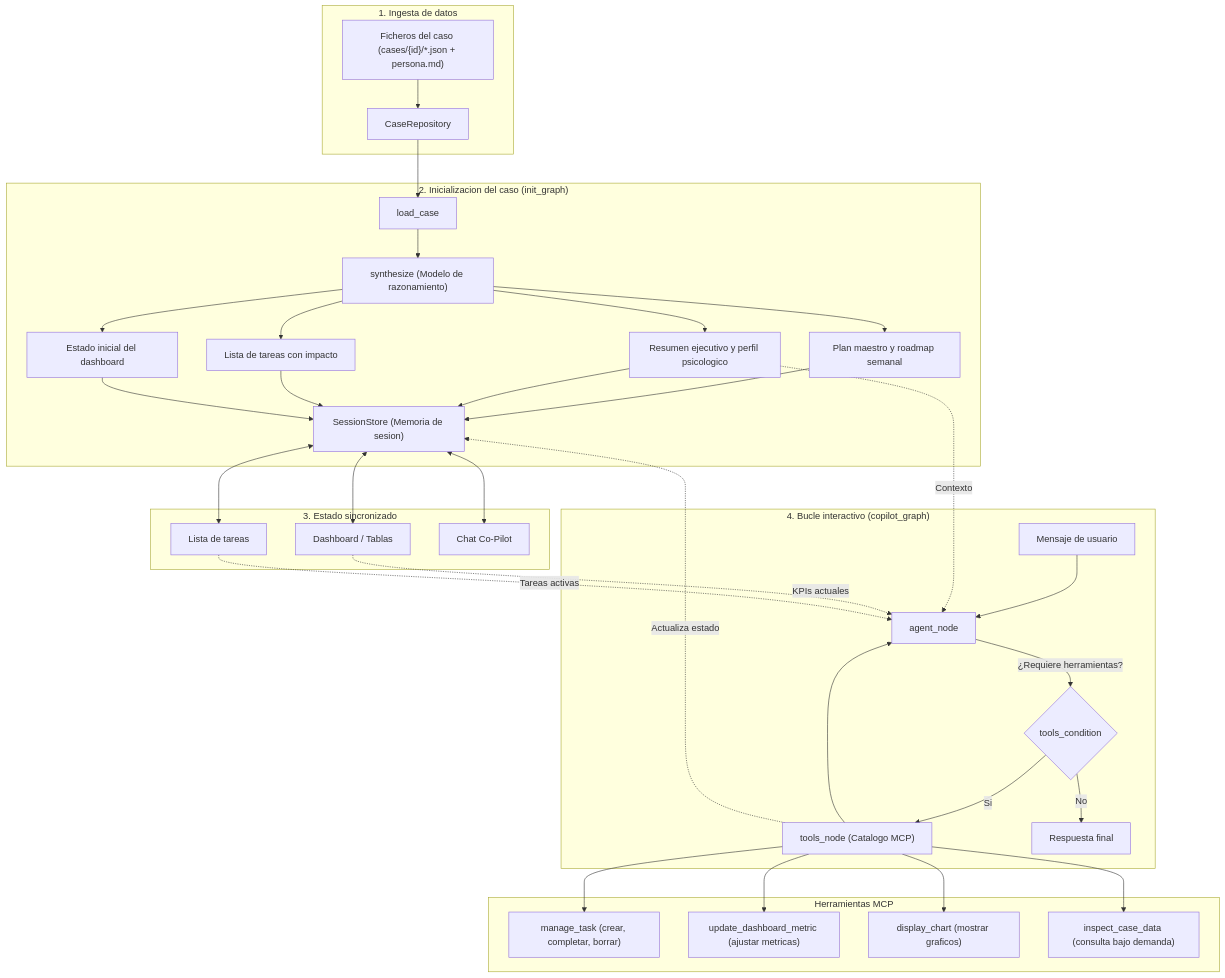
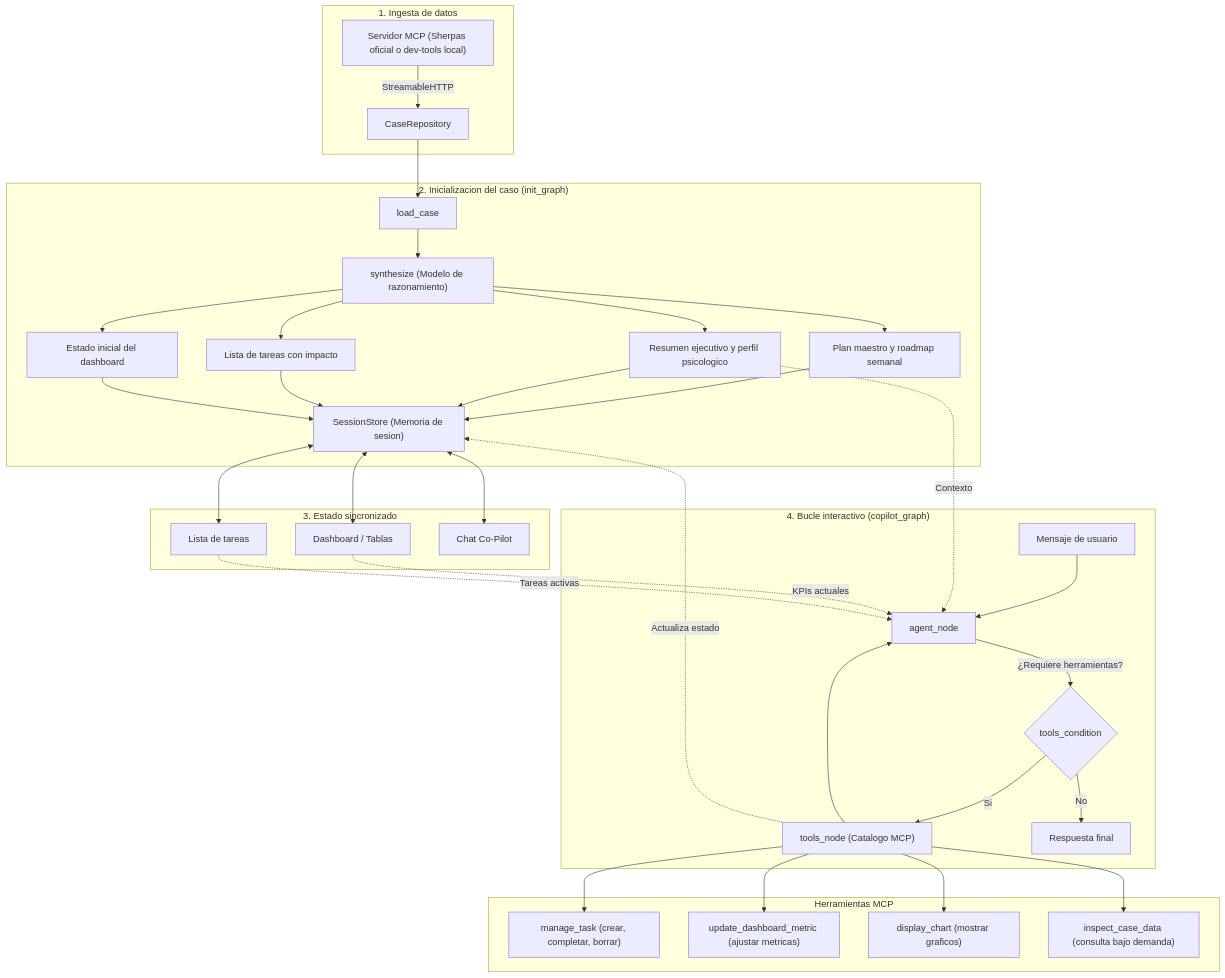
One commit to Manel-Romero/Sherpas-Hackaton changed the diagram in ARCHITECTURE_PROPOSAL.md. Above: the diagram before and after it, drawn with Mermaid. The commit also changed other lines of this file, not shown here.

Commit message:
docs(arch): update architecture to reflect exclusive mcp ingestion and dev-tools

````diff
--- a/ARCHITECTURE_PROPOSAL.md
+++ b/ARCHITECTURE_PROPOSAL.md
@@ -19,42 +19,42 @@
 ```mermaid
 flowchart TD
     subgraph Ingesta["1. Ingesta de datos"]
-        Files["Ficheros del caso (cases/{id}/*.json + persona.md)"] --> CaseRepo["CaseRepository"]
+        MCPServer["Servidor MCP (Sherpas oficial o dev-tools local)"] -->|StreamableHTTP| CaseRepo["CaseRepository"]
     end
 
     subgraph Inicializacion["2. Inicializacion del caso (init_graph)"]
         CaseRepo --> LoadCase["load_case"]
         LoadCase --> Synthesize["synthesize (Modelo de razonamiento)"]
         Synthesize --> Plan["Plan maestro y roadmap semanal"]
         Synthesize --> Summary["Resumen ejecutivo y perfil psicologico"]
         Synthesize --> Tasks["Lista de tareas con impacto"]
         Synthesize --> Dashboard["Estado inicial del dashboard"]
         Plan & Summary & Tasks & Dashboard --> SessionStore["SessionStore (Memoria de sesion)"]
     end
 
     subgraph EstadoUI["3. Estado sincronizado"]
         SessionStore <--> DashboardUI["Dashboard / Tablas"]
         SessionStore <--> TaskListUI["Lista de tareas"]
         SessionStore <--> ChatUI["Chat Co-Pilot"]
     end
 
     subgraph Conversacion["4. Bucle interactivo (copilot_graph)"]
         UserMsg["Mensaje de usuario"] --> AgentNode["agent_node"]
         Summary -. Contexto .-> AgentNode
         DashboardUI -. KPIs actuales .-> AgentNode
         TaskListUI -. Tareas activas .-> AgentNode
         AgentNode -- "¿Requiere herramientas?" --> Condition{"tools_condition"}
         Condition -- "Si" --> ToolsNode["tools_node (Catalogo MCP)"]
         ToolsNode --> AgentNode
         Condition -- "No" --> FinalReply["Respuesta final"]
     end
 
     subgraph Herramientas["Herramientas MCP"]
         ToolsNode --> T1["manage_task (crear, completar, borrar)"]
         ToolsNode --> T2["update_dashboard_metric (ajustar metricas)"]
         ToolsNode --> T3["display_chart (mostrar graficos)"]
         ToolsNode --> T4["inspect_case_data (consulta bajo demanda)"]
     end
 
     ToolsNode -. Actualiza estado .-> SessionStore
 ```
````
